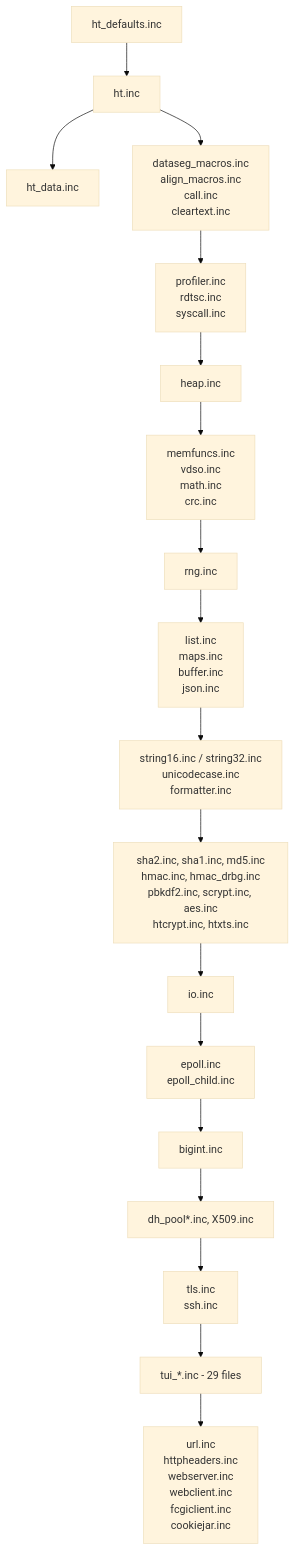
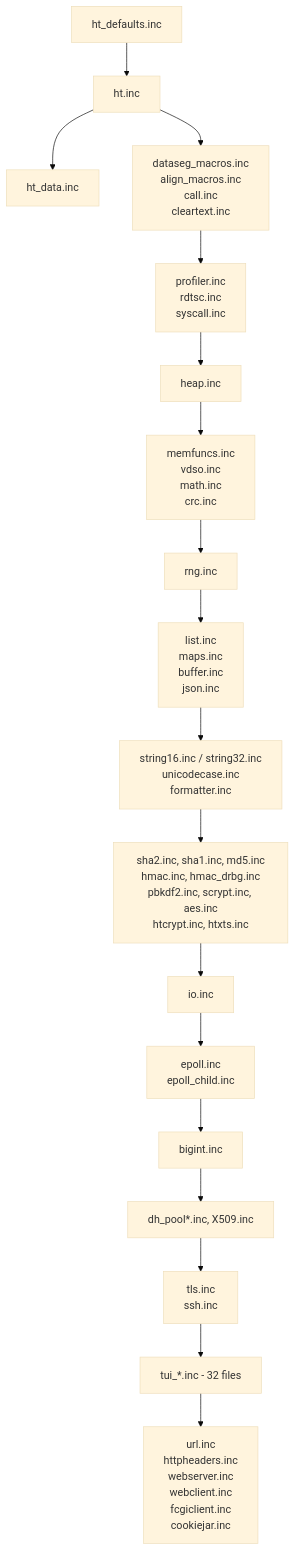
One commit to blitzy-public-samples/Blitzy-HeavyThing changed the first of 3 diagrams in docs/architecture.md. Above: the diagram before and after it, drawn with Mermaid (base theme). The commit also changed other lines of this file and 2 other files, not shown here.

````diff
--- a/docs/architecture.md
+++ b/docs/architecture.md
@@ -72,40 +72,40 @@
 ```mermaid
 graph TD
     defaults[ht_defaults.inc]
     ht[ht.inc]
     htdata[ht_data.inc]
 
     macros[dataseg_macros.inc<br/>align_macros.inc<br/>call.inc<br/>cleartext.inc]
     prof[profiler.inc<br/>rdtsc.inc<br/>syscall.inc]
     heap[heap.inc]
     memfn[memfuncs.inc<br/>vdso.inc<br/>math.inc<br/>crc.inc]
     rng[rng.inc]
     ds[list.inc<br/>maps.inc<br/>buffer.inc<br/>json.inc]
     strings[string16.inc / string32.inc<br/>unicodecase.inc<br/>formatter.inc]
     crypto[sha2.inc, sha1.inc, md5.inc<br/>hmac.inc, hmac_drbg.inc<br/>pbkdf2.inc, scrypt.inc, aes.inc<br/>htcrypt.inc, htxts.inc]
     io[io.inc]
     epoll[epoll.inc<br/>epoll_child.inc]
     bigint[bigint.inc]
     dh[dh_pool*.inc, X509.inc]
     tlsssh[tls.inc<br/>ssh.inc]
-    tui[tui_*.inc - 29 files]
+    tui[tui_*.inc - 32 files]
     web[url.inc<br/>httpheaders.inc<br/>webserver.inc<br/>webclient.inc<br/>fcgiclient.inc<br/>cookiejar.inc]
 
     defaults --> ht
     ht --> macros
     macros --> prof
     prof --> heap
     heap --> memfn
     memfn --> rng
     rng --> ds
     ds --> strings
     strings --> crypto
     crypto --> io
     io --> epoll
     epoll --> bigint
     bigint --> dh
     dh --> tlsssh
     tlsssh --> tui
     tui --> web
     ht --> htdata
 ```
````
